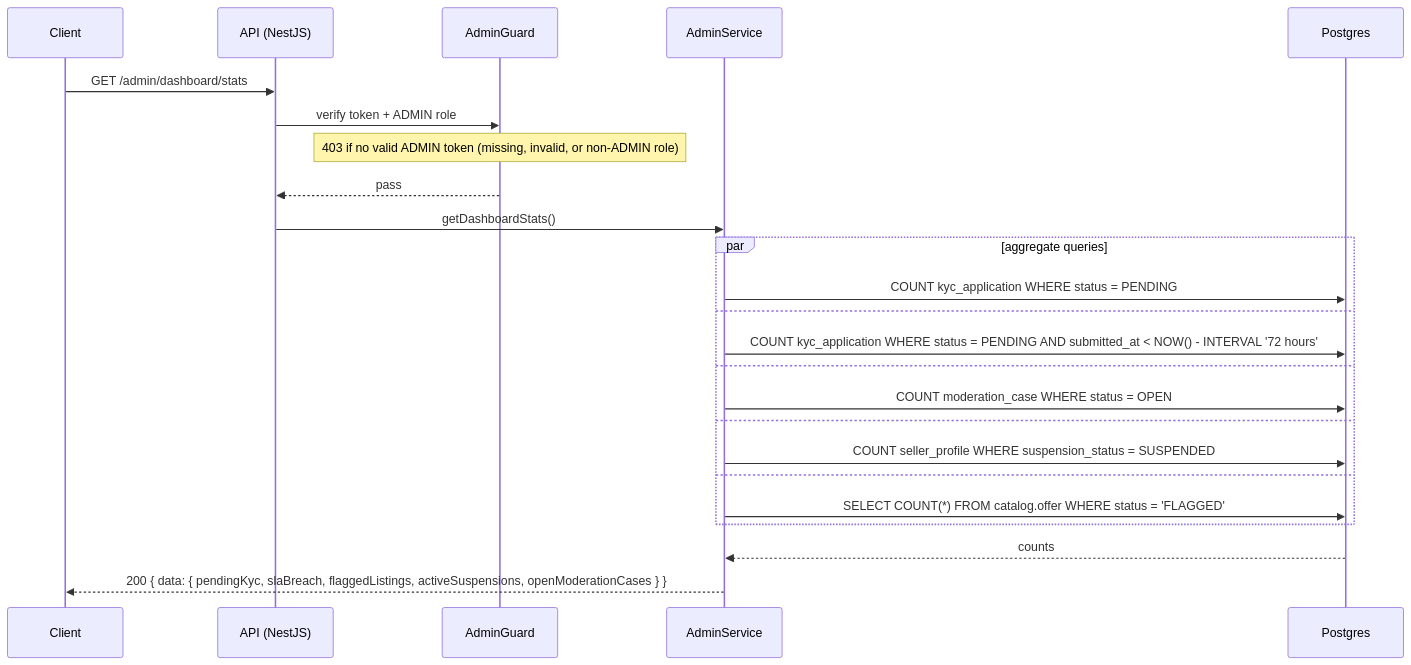
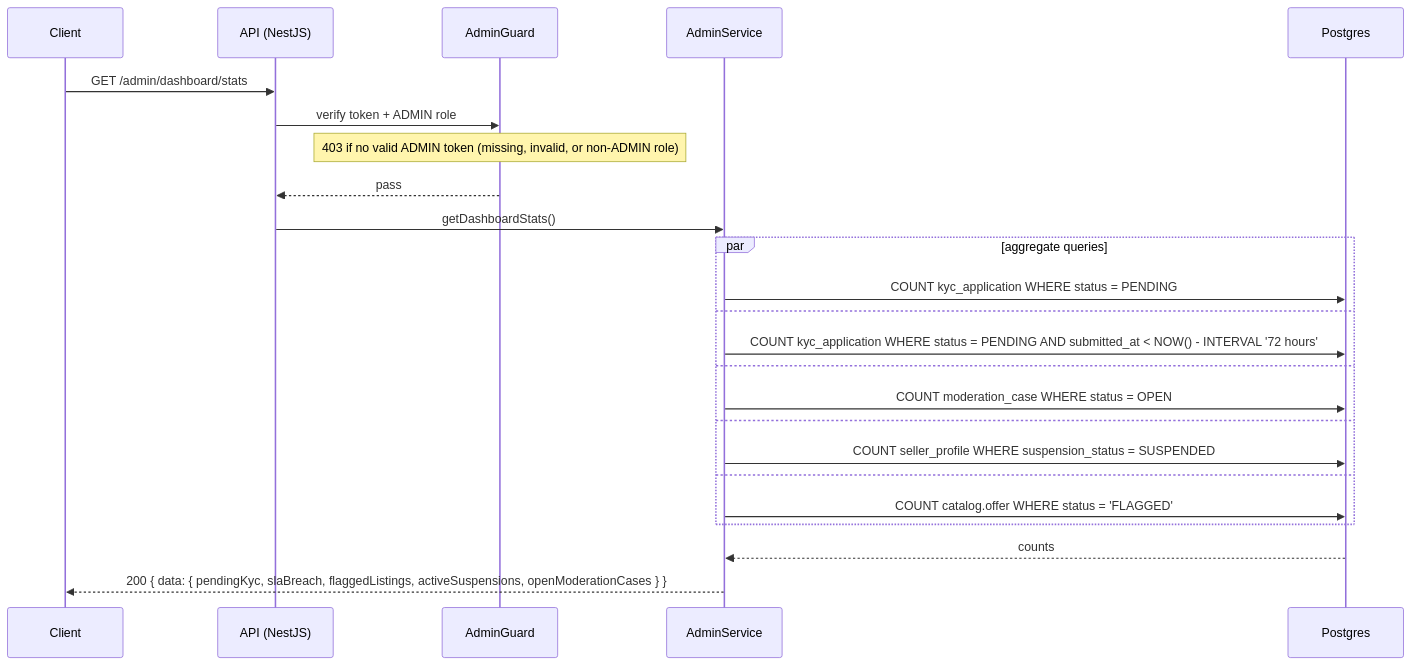
Diagram 14 of 14 in phase-1/technical-design/api-design/admin.md (alisa-uthi/aliceut-ecom-document), drawn with Mermaid before and after one commit. The commit also changed other lines of this file and 73 other files, not shown here.

````diff
--- a/phase-1/technical-design/api-design/admin.md
+++ b/phase-1/technical-design/api-design/admin.md
@@ -680,27 +1153,27 @@
 ```mermaid
 sequenceDiagram
     participant C as Client
     participant API as API (NestJS)
     participant G as AdminGuard
     participant S as AdminService
     participant PG as Postgres
 
     C->>API: GET /admin/dashboard/stats
     API->>G: verify token + ADMIN role
     Note over G: 403 if no valid ADMIN token (missing, invalid, or non-ADMIN role)
     G-->>API: pass
     API->>S: getDashboardStats()
     par aggregate queries
         S->>PG: COUNT kyc_application WHERE status = PENDING
     and
         S->>PG: COUNT kyc_application WHERE status = PENDING AND submitted_at < NOW() - INTERVAL '72 hours'
     and
         S->>PG: COUNT moderation_case WHERE status = OPEN
     and
         S->>PG: COUNT seller_profile WHERE suspension_status = SUSPENDED
     and
-        S->>PG: SELECT COUNT(*) FROM catalog.offer WHERE status = 'FLAGGED'
+        S->>PG: COUNT catalog.offer WHERE status = 'FLAGGED'
     end
     PG-->>S: counts
     S-->>C: 200 { data: { pendingKyc, slaBreach, flaggedListings, activeSuspensions, openModerationCases } }
 ```
````
